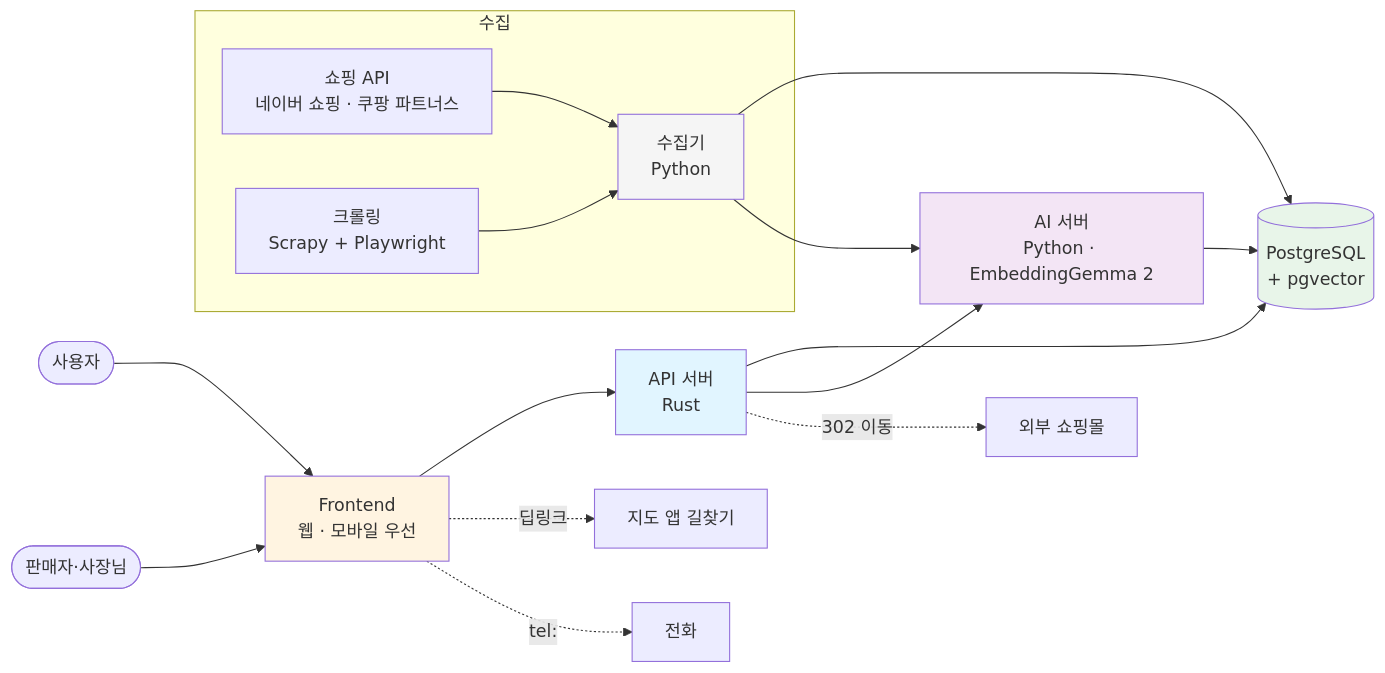
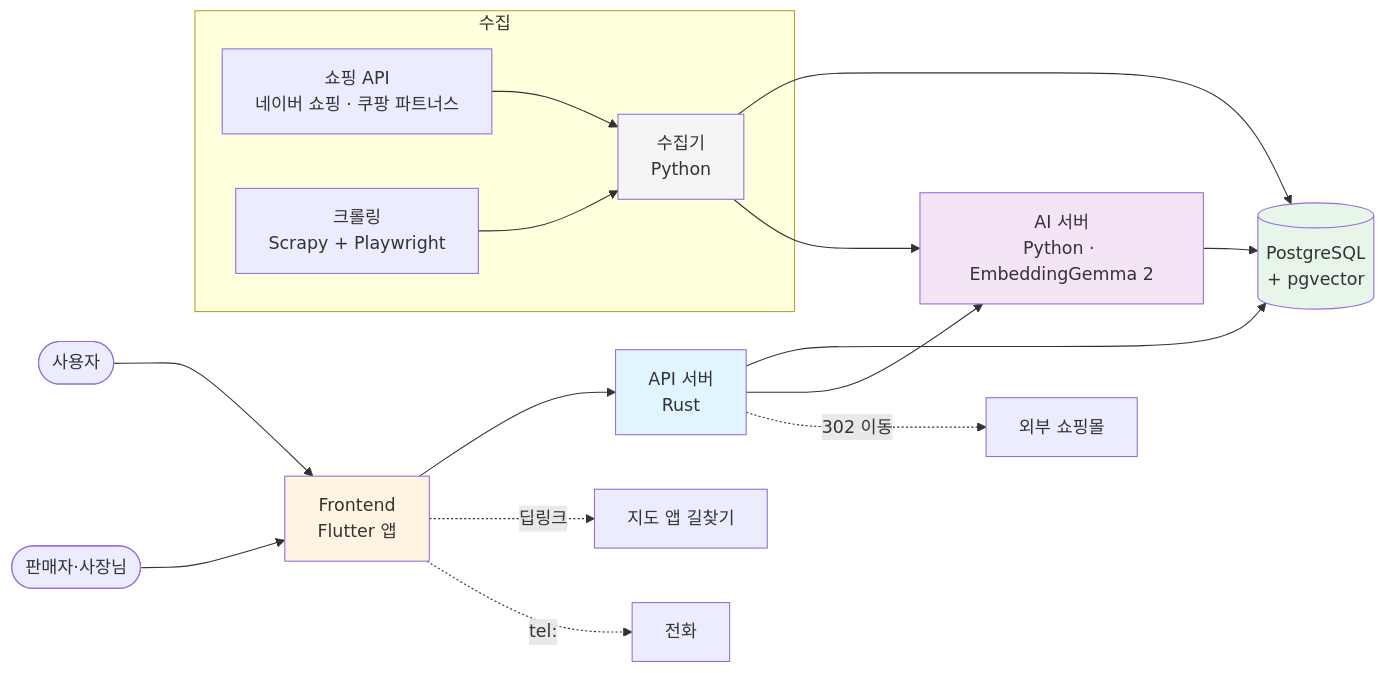
One commit to bloodmoon3929/goodmorning changed the first of 3 diagrams in README.md. Above: the diagram before and after it, drawn with Mermaid. The commit also changed other lines of this file and 23 other files, not shown here.

````diff
--- a/README.md
+++ b/README.md
@@ -70,29 +82,29 @@
 ```mermaid
 graph LR
-    User([사용자]) --> FE[Frontend<br/>웹 · 모바일 우선]
+    User([사용자]) --> FE[Frontend<br/>Flutter 앱]
     Owner([판매자·사장님]) --> FE
     FE --> API[API 서버<br/>Rust]
     API --> DB[(PostgreSQL<br/>+ pgvector)]
     API --> AI[AI 서버<br/>Python · EmbeddingGemma 2]
     AI --> DB
 
     subgraph 수집
         COL[수집기<br/>Python]
         ShopAPI[쇼핑 API<br/>네이버 쇼핑 · 쿠팡 파트너스]
         Crawl[크롤링<br/>Scrapy + Playwright]
     end
     ShopAPI --> COL
     Crawl --> COL
     COL --> DB
     COL --> AI
 
     FE -.딥링크.-> Map[지도 앱 길찾기]
     FE -.tel:.-> Phone[전화]
     API -.302 이동.-> Mall[외부 쇼핑몰]
 
     style FE fill:#fff4e1
     style API fill:#e1f5ff
     style AI fill:#f3e5f5
     style DB fill:#e8f5e9
     style COL fill:#f5f5f5
 ```
````
